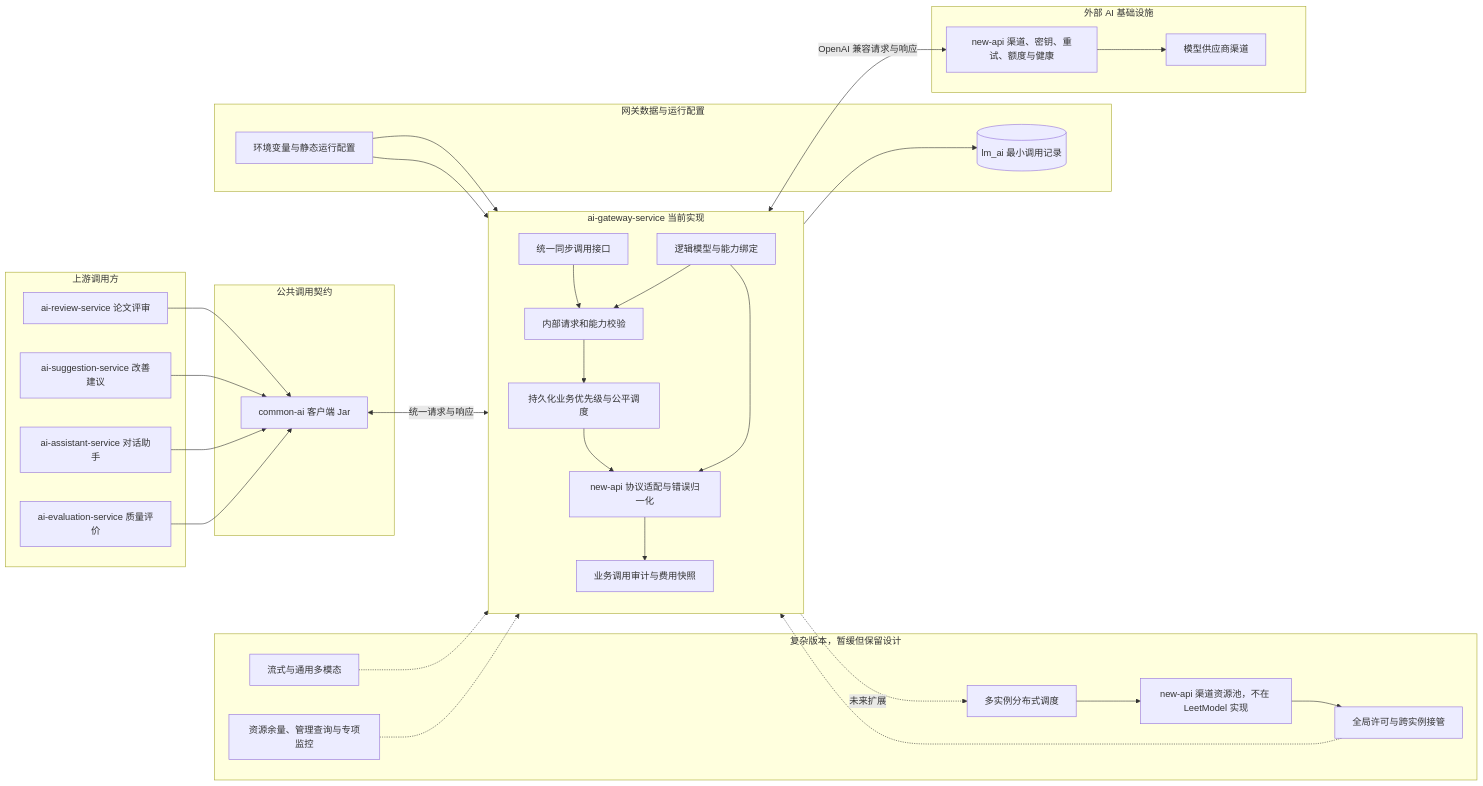
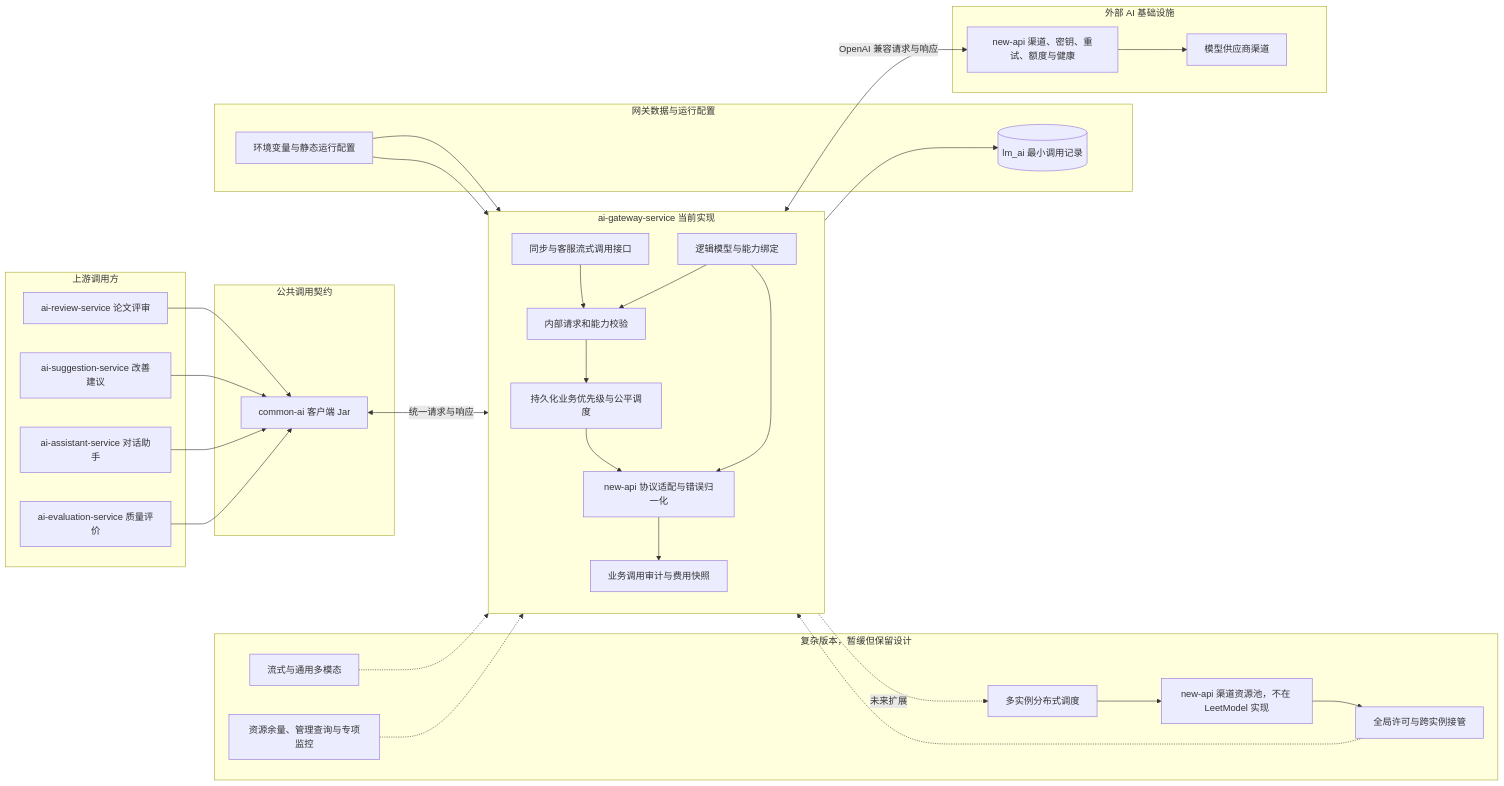
Before and after one commit to Dorian7Alden/LeetModel: the diagram in docs/project/03-微服务设计/ai-gateway-service/README.md, drawn with Mermaid. The commit also changed other lines of this file and 8 other files, not shown here.

````diff
--- a/docs/project/03-微服务设计/ai-gateway-service/README.md
+++ b/docs/project/03-微服务设计/ai-gateway-service/README.md
@@ -19,67 +19,67 @@
 ```mermaid
 flowchart LR
     subgraph callers["上游调用方"]
         reviewService["ai-review-service 论文评审"]
         suggestionService["ai-suggestion-service 改善建议"]
         assistantService["ai-assistant-service 对话助手"]
         evaluationService["ai-evaluation-service 质量评价"]
     end
 
     subgraph clientSdk["公共调用契约"]
         commonAi["common-ai 客户端 Jar"]
     end
 
     subgraph aiGateway["ai-gateway-service 当前实现"]
         direction TB
-        callApi["统一同步调用接口"]
+        callApi["同步与客服流式调用接口"]
         catalog["逻辑模型与能力绑定"]
         binding["内部请求和能力校验"]
         scheduler["持久化业务优先级与公平调度"]
         adapter["new-api 协议适配与错误归一化"]
         metering["业务调用审计与费用快照"]
 
         callApi --> binding
         catalog --> binding
         binding --> scheduler
         scheduler --> adapter
         catalog --> adapter
         adapter --> metering
     end
 
     subgraph future["复杂版本，暂缓但保留设计"]
         taskQueue["多实例分布式调度"]
         resourcePool["new-api 渠道资源池，不在 LeetModel 实现"]
         advancedStability["全局许可与跨实例接管"]
         stream["流式与通用多模态"]
         management["资源余量、管理查询与专项监控"]
 
         taskQueue --> resourcePool
         resourcePool --> advancedStability
     end
 
     subgraph support["网关数据与运行配置"]
         aiDatabase[(lm_ai 最小调用记录)]
         secretConfig["环境变量与静态运行配置"]
     end
 
     subgraph providers["外部 AI 基础设施"]
         newApi["new-api 渠道、密钥、重试、额度与健康"]
         providerApi["模型供应商渠道"]
         newApi --> providerApi
     end
 
     reviewService --> commonAi
     suggestionService --> commonAi
     assistantService --> commonAi
     evaluationService --> commonAi
     commonAi <-->|"统一请求与响应"| callApi
 
     metering --> aiDatabase
     secretConfig --> catalog
     secretConfig --> adapter
     adapter <-->|"OpenAI 兼容请求与响应"| newApi
     callApi -.->|"未来扩展"| taskQueue
     advancedStability -.-> adapter
     stream -.-> adapter
     management -.-> metering
 ```
````
